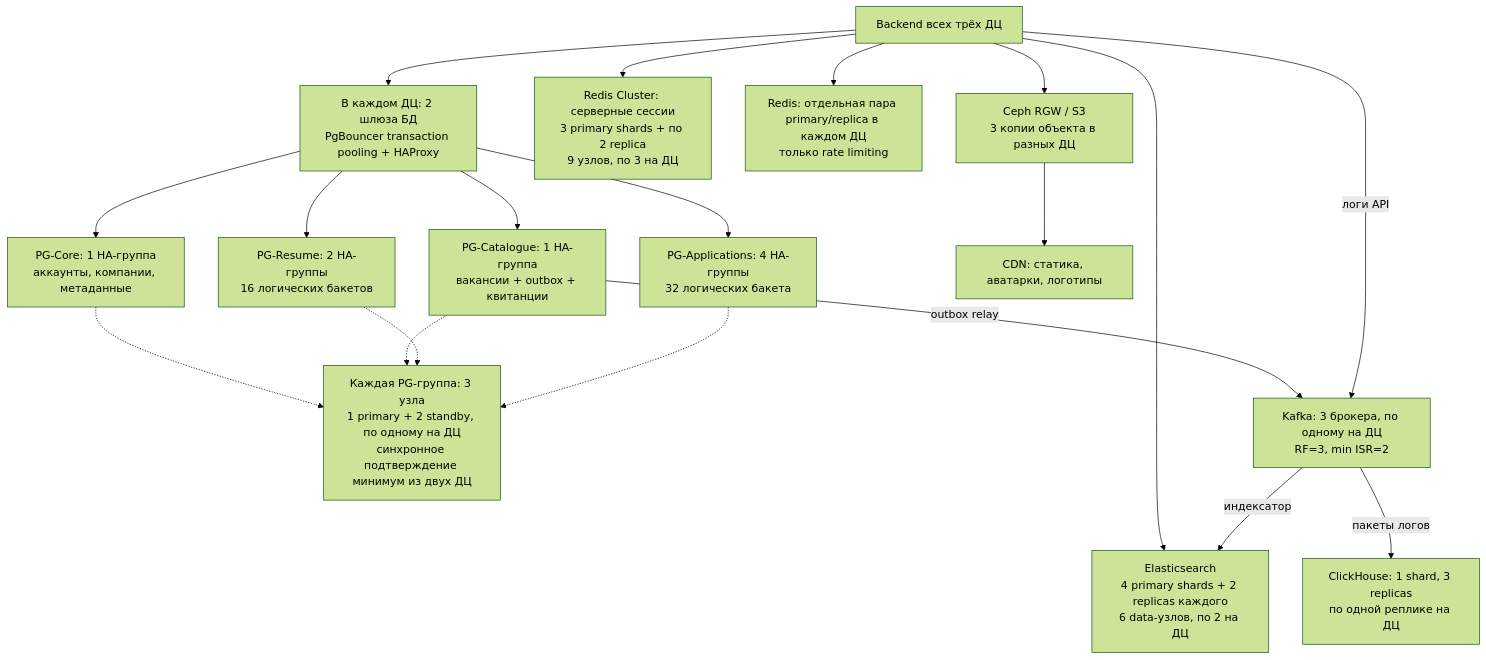
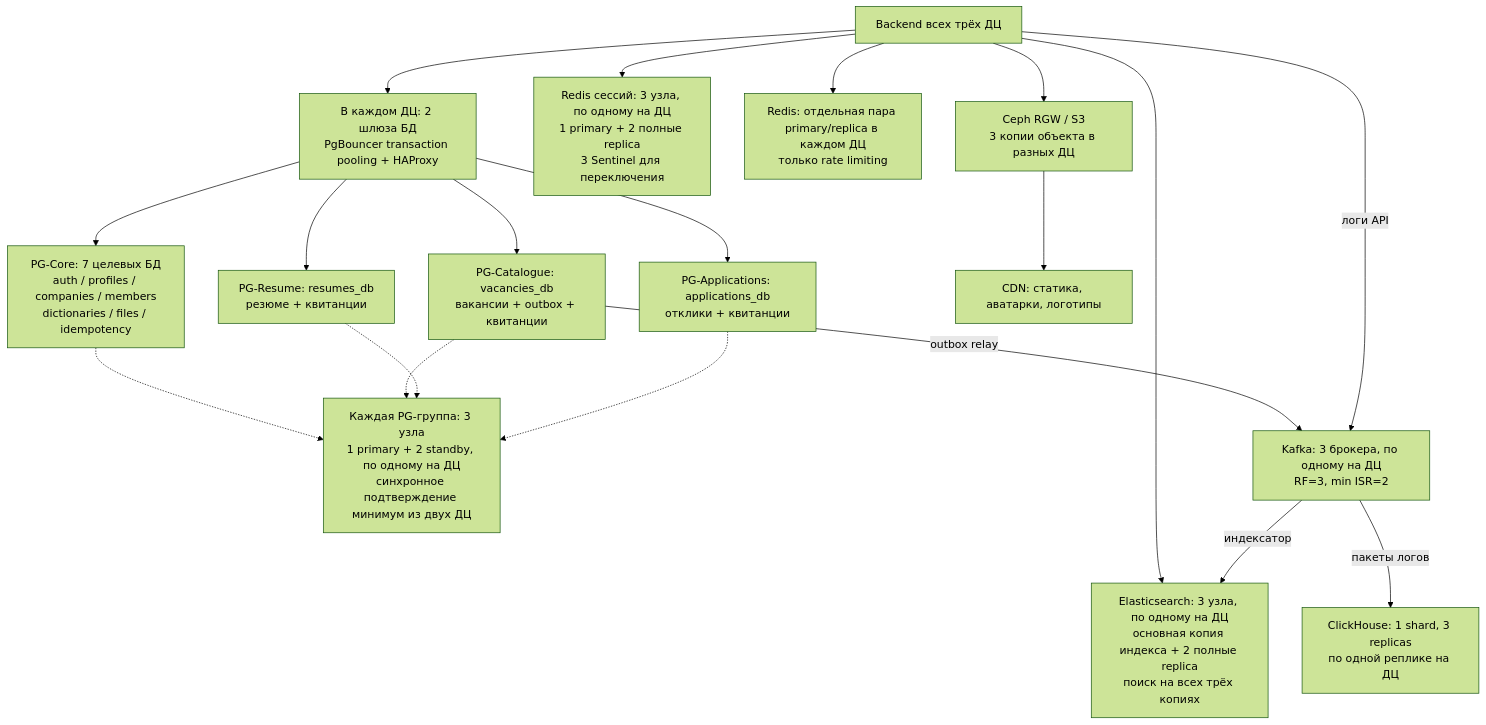
One commit to pricolmen/highload_technopark changed the fourth of 7 diagrams in README.md. Above: the diagram before and after it, drawn with Mermaid (forest theme). The commit also changed other lines of this file and 2 other files, not shown here.

````diff
--- a/README.md
+++ b/README.md
@@ -986,26 +1004,26 @@
 ```mermaid
 flowchart TB
     APP["Backend всех трёх ДЦ"]
     POOL["В каждом ДЦ: 2 шлюза БД<br/>PgBouncer transaction pooling + HAProxy"]
-    CORE["PG-Core: 1 HA-группа<br/>аккаунты, компании, метаданные"]
-    CAT["PG-Catalogue: 1 HA-группа<br/>вакансии + outbox + квитанции"]
-    RES["PG-Resume: 2 HA-группы<br/>16 логических бакетов"]
-    APPL["PG-Applications: 4 HA-группы<br/>32 логических бакета"]
+    CORE["PG-Core: 7 целевых БД<br/>auth / profiles / companies / members<br/>dictionaries / files / idempotency"]
+    CAT["PG-Catalogue: vacancies_db<br/>вакансии + outbox + квитанции"]
+    RES["PG-Resume: resumes_db<br/>резюме + квитанции"]
+    APPL["PG-Applications: applications_db<br/>отклики + квитанции"]
     HA["Каждая PG-группа: 3 узла<br/>1 primary + 2 standby, по одному на ДЦ<br/>синхронное подтверждение минимум из двух ДЦ"]
-    SEARCH["Elasticsearch<br/>4 primary shards + 2 replicas каждого<br/>6 data-узлов, по 2 на ДЦ"]
+    SEARCH["Elasticsearch: 3 узла, по одному на ДЦ<br/>основная копия индекса + 2 полные replica<br/>поиск на всех трёх копиях"]
     BROKER["Kafka: 3 брокера, по одному на ДЦ<br/>RF=3, min ISR=2"]
     CH["ClickHouse: 1 shard, 3 replicas<br/>по одной реплике на ДЦ"]
-    AUTH["Redis Cluster: серверные сессии<br/>3 primary shards + по 2 replica<br/>9 узлов, по 3 на ДЦ"]
+    AUTH["Redis сессий: 3 узла, по одному на ДЦ<br/>1 primary + 2 полные replica<br/>3 Sentinel для переключения"]
     LIMIT["Redis: отдельная пара primary/replica в каждом ДЦ<br/>только rate limiting"]
     FILES["Ceph RGW / S3<br/>3 копии объекта в разных ДЦ"]
     CDN["CDN: статика, аватарки, логотипы"]
     APP --> POOL
     POOL --> CORE & CAT & RES & APPL
     CORE & CAT & RES & APPL -.-> HA
     APP --> SEARCH & AUTH & LIMIT & FILES
     CAT -->|"outbox relay"| BROKER
     BROKER -->|"индексатор"| SEARCH
     APP -->|"логи API"| BROKER
     BROKER -->|"пакеты логов"| CH
     FILES --> CDN
 ```
````
